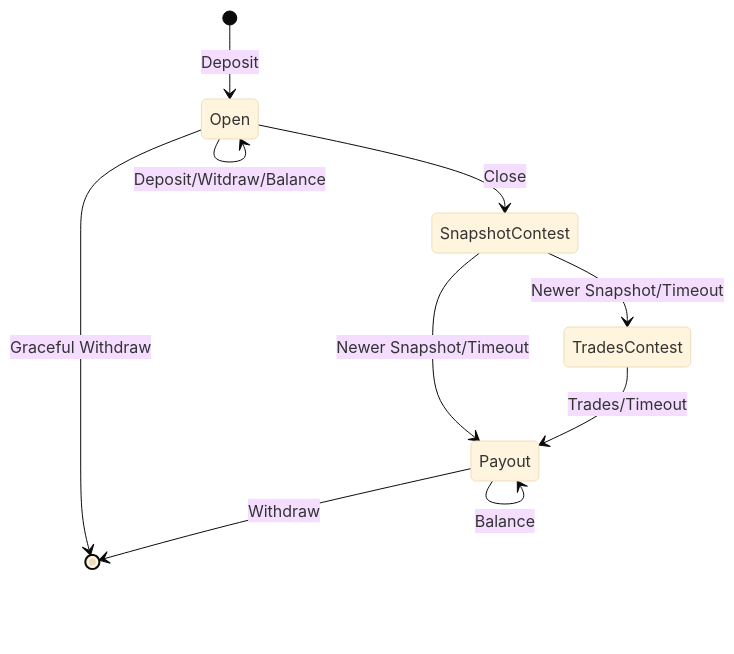
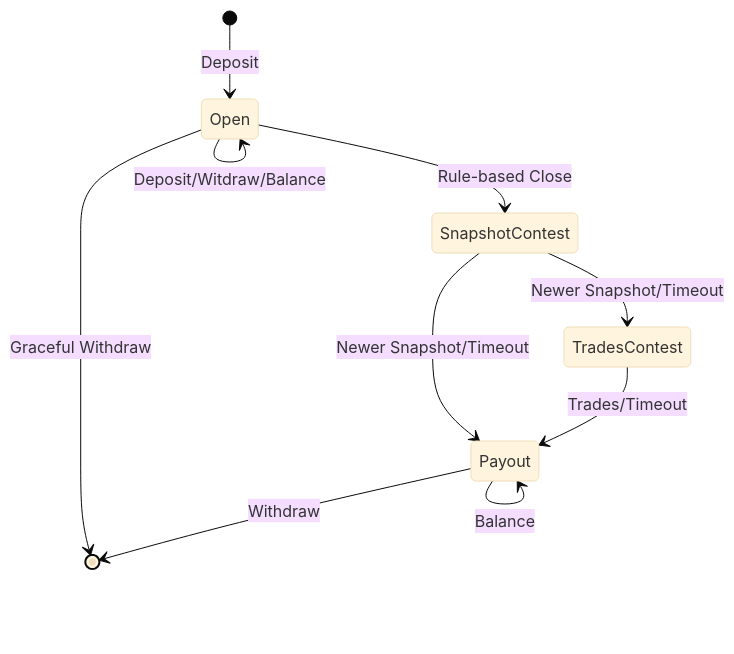
Before and after one commit to lantr-io/cosmex: the second of 2 diagrams in docs/Litepaper.md, drawn with Mermaid (base theme). The commit also changed 1 other file, not shown here.

Commit message:
docs: update Litepaper and Whitepaper

````diff
--- a/docs/Litepaper.md
+++ b/docs/Litepaper.md
@@ -87,12 +87,12 @@
 ```mermaid
 stateDiagram-v2
       [*]-->Open: Deposit
       Open-->Open: Deposit/Witdraw/Balance
-      Open-->SnapshotContest : Close
+      Open-->SnapshotContest : Rule-based Close
       Open-->[*]: Graceful Withdraw
       SnapshotContest-->TradesContest : Newer Snapshot/Timeout
       SnapshotContest-->Payout : Newer Snapshot/Timeout
       TradesContest-->Payout : Trades/Timeout
       Payout-->Payout : Balance
       Payout-->[*] : Withdraw
 ```
````
